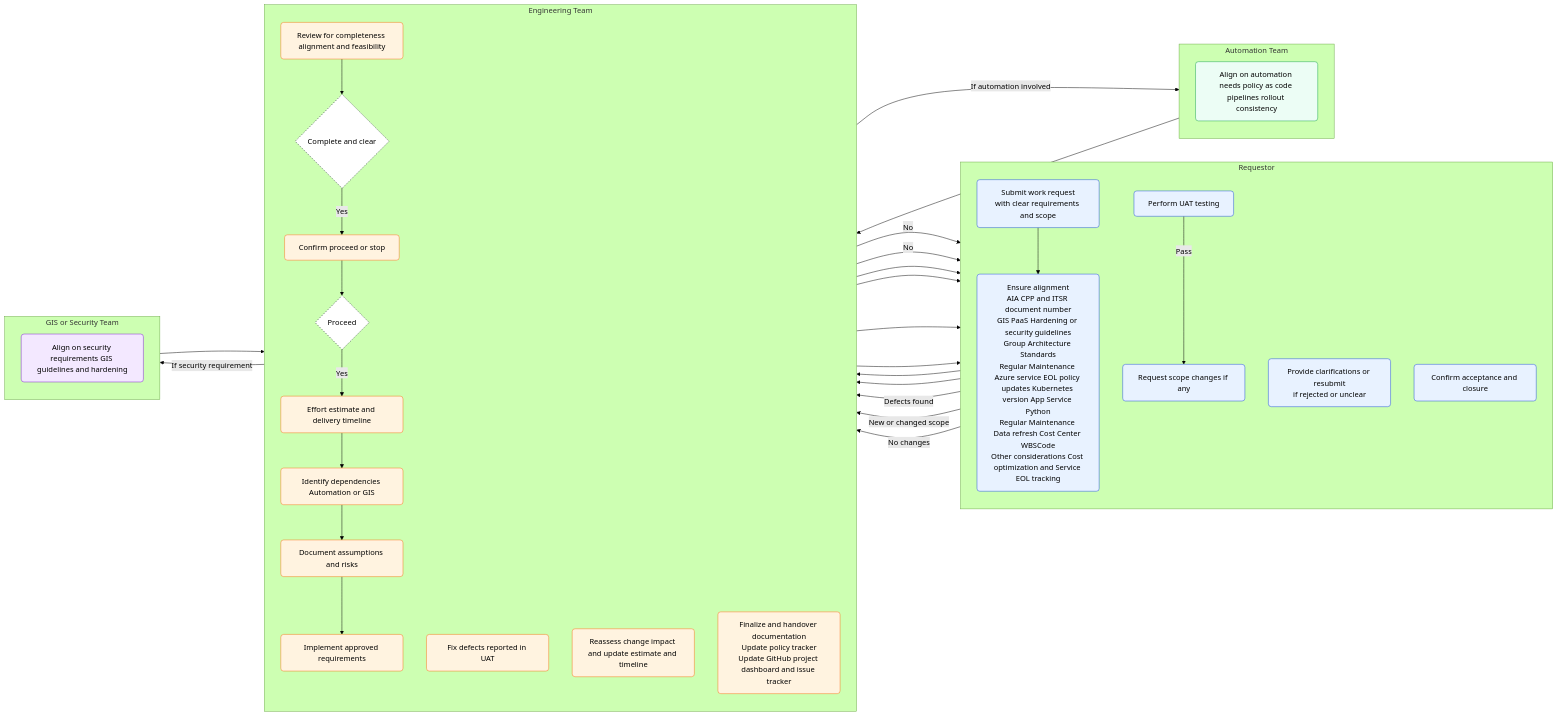
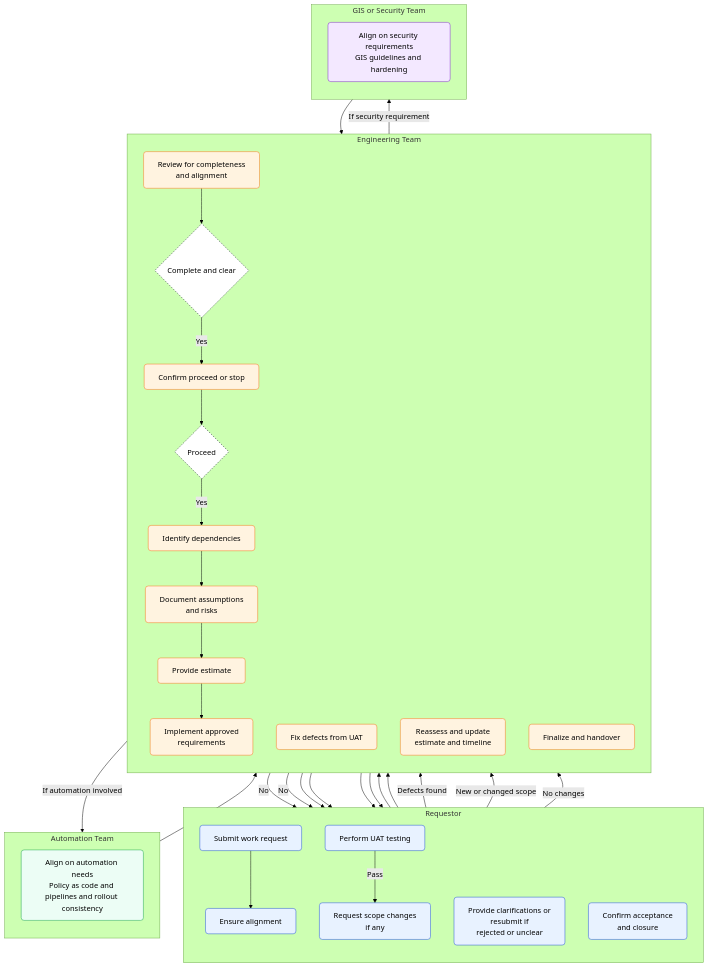
Before and after one commit to alpha2phi/alpha-trader: the diagram in WORK_INTAKE.md, drawn with Mermaid (forest theme). The commit also changed other lines of this file, not shown here.

````diff
--- a/WORK_INTAKE.md
+++ b/WORK_INTAKE.md
@@ -62,65 +62,68 @@
 ```mermaid
-flowchart LR
-%% ===================== STYLING =====================
+
+flowchart TD
+%% ===== STYLES =====
 classDef req fill:#e8f2ff,stroke:#1d4ed8,stroke-width:1px,rx:6,ry:6;
 classDef eng fill:#fff3e0,stroke:#f97316,stroke-width:1px,rx:6,ry:6;
 classDef auto fill:#ecfdf5,stroke:#16a34a,stroke-width:1px,rx:6,ry:6;
 classDef gis fill:#f3e8ff,stroke:#7e22ce,stroke-width:1px,rx:6,ry:6;
 classDef gate fill:#ffffff,stroke:#111827,stroke-dasharray:3 3,rx:8,ry:8;
 
-%% ===================== SWIMLANES =====================
+%% ===== SWIMLANES =====
 subgraph R[Requestor]
 direction TB
-  R1[Submit work request<br/>with clear requirements and scope]:::req
-  R1a[Ensure alignment<br/>AIA CPP and ITSR document number<br/>GIS PaaS Hardening or security guidelines<br/>Group Architecture Standards<br/>Regular Maintenance Azure service EOL policy updates Kubernetes version App Service Python<br/>Regular Maintenance Data refresh Cost Center WBSCode<br/>Other considerations Cost optimization and Service EOL tracking]:::req
-  R2[Provide clarifications or resubmit<br/>if rejected or unclear]:::req
+  R1[Submit work request]:::req
+  R1a[Ensure alignment]:::req
+  R2[Provide clarifications or<br/>resubmit if<br/>rejected or unclear]:::req
   R3[Perform UAT testing]:::req
-  R4[Request scope changes if any]:::req
-  R5[Confirm acceptance and closure]:::req
+  R4[Request scope changes<br/>if any]:::req
+  R5[Confirm acceptance <br/>and closure]:::req
 end
 
 subgraph E[Engineering Team]
 direction TB
-  E1[Review for completeness alignment and feasibility]:::eng
+  E1[Review for completeness <br/> and alignment]:::eng
   G1{Complete and clear}:::gate
   E2[Confirm proceed or stop]:::eng
   G2{Proceed}:::gate
-  E3[Effort estimate and delivery timeline]:::eng
-  E4[Identify dependencies Automation or GIS]:::eng
-  E5[Document assumptions and risks]:::eng
-  E6[Implement approved requirements]:::eng
-  E7[Fix defects reported in UAT]:::eng
-  E8[Reassess change impact and update estimate and timeline]:::eng
-  E9[Finalize and handover documentation<br/>Update policy tracker<br/>Update GitHub project dashboard and issue tracker]:::eng
+  E3[Identify dependencies]:::eng
+  E4[Document assumptions<br/>and risks]:::eng
+  E5[Provide estimate]:::eng
+  E6[Implement approved<br/>requirements]:::eng
+  E7[Fix defects from UAT]:::eng
+  E8[Reassess and update<br/>estimate and timeline]:::eng
+  E9[Finalize and handover]:::eng
 end
 
 subgraph A[Automation Team]
 direction TB
-  A1[Align on automation needs policy as code pipelines rollout consistency]:::auto
+  A1[Align on automation needs
+Policy as code and pipelines and rollout consistency]:::auto
 end
 
 subgraph G[GIS or Security Team]
 direction TB
-  S1[Align on security requirements GIS guidelines and hardening]:::gis
+  S1[Align on security requirements
+GIS guidelines and hardening]:::gis
 end
 
-%% ===================== FLOW =====================
+%% ===== FLOW TOP DOWN =====
 R1 --> R1a --> E1
 E1 --> G1
 G1 -- "No" --> R2 --> E1
 G1 -- "Yes" --> E2
 E2 --> G2
 G2 -- "No" --> R2
 G2 -- "Yes" --> E3 --> E4 --> E5 --> E6
 
 E6 -->|If automation involved| A1 --> E6
 E6 -->|If security requirement| S1 --> E6
 
 E6 --> R3
 R3 -->|Defects found| E7 --> R3
 R3 -->|Pass| R4
 
 R4 -->|New or changed scope| E8 --> R3
 R4 -->|No changes| E9 --> R5
 
 ```
````
